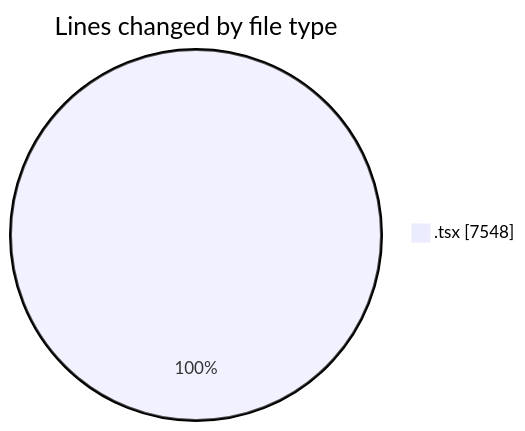
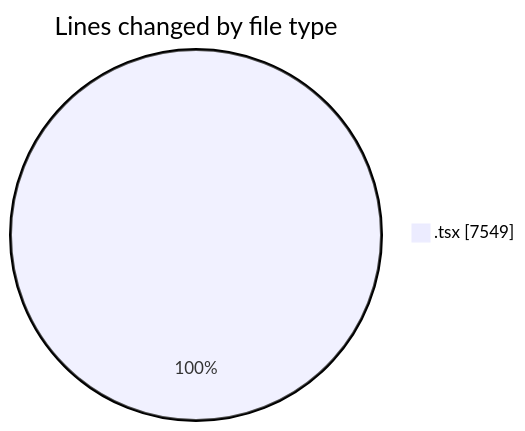
One commit to nxtqubesakshisongat/code-tracking changed the first of 2 diagrams in 2026-08-24/nxtqube_webapp/README.md. Above: the diagram before and after it, drawn with Mermaid. The commit also changed other lines of this file and 1 other file, not shown here.

````diff
--- a/2026-08-24/nxtqube_webapp/README.md
+++ b/2026-08-24/nxtqube_webapp/README.md
@@ -33,5 +33,5 @@
 ```mermaid
 pie showData
 title Lines changed by file type
-".tsx" : 7548
+".tsx" : 7549
 ```
````
